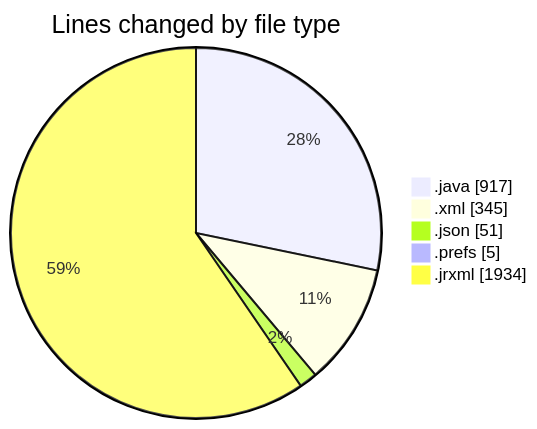
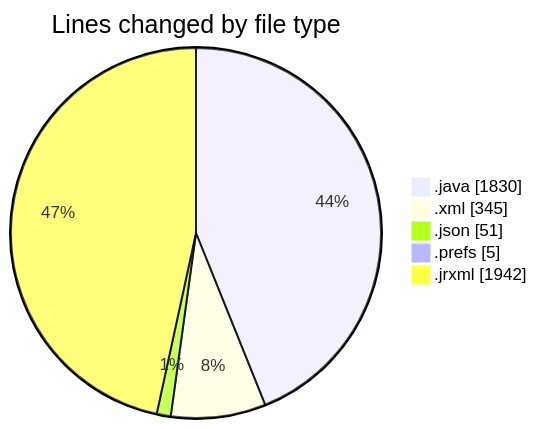
The first of 2 diagrams in 2026-10-01/cilreports__workspace_/README.md (ricardozamudiocil/code-tracking), drawn with Mermaid before and after one commit. The commit also changed other lines of this file and 1 other file, not shown here.

````diff
--- a/2026-10-01/cilreports__workspace_/README.md
+++ b/2026-10-01/cilreports__workspace_/README.md
@@ -25,9 +25,9 @@
 ```mermaid
 pie showData
 title Lines changed by file type
-".java" : 917
+".java" : 1830
 ".xml" : 345
 ".json" : 51
 ".prefs" : 5
-".jrxml" : 1934
+".jrxml" : 1942
 ```
````
